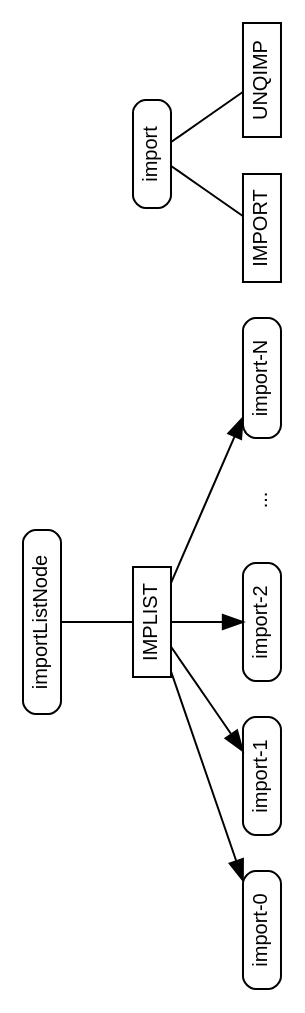
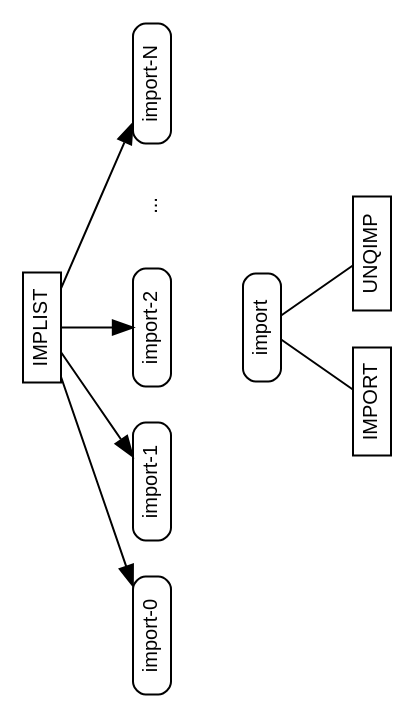
The diagram in implist.dot (m2sf/M2-AST-Node-Diagrams), drawn with Graphviz before and after one commit.

Commit message:
layout change

```diff
--- a/implist.dot
+++ b/implist.dot
@@ -1,83 +1,79 @@
 /* AST node diagram generator script collection for M2C, M2J and M2Sharp.
  *
  * Copyright (c) 2016 The Modula-2 Software Foundation
  *
  * Author & Maintainer: Benjamin Kowarsch <org.m2sf>
  *
  * @synopsis
  *
  * The M2C, M2J and M2Sharp compilers are multi-dialect Modula-2 translators
  * and compilers respectively targeting C99, Java/JVM and C#/CLR, sharing a
  * common abstract syntax tree (AST) specification.
  *
  * The AST node diagram generator script collection consists of Graphviz DOT
  * descriptions for all AST node types of the common AST specification.
  *
  * The Graphviz dot utility is required to generate the diagrams. 
  * It may be obtained from http://www.graphviz.org/download.php.
  *
  * @repository
  *
  * https://github.com/m2sf/m2-ast-node-diagrams
  *
  * @file
  *
  * implist.dot
  *
  * IMPLIST node diagram.
  *
  * Usage: $ dot implist.dot -Tps > implist.ps
  *
  * @license
  *
  * This is free software: you can redistribute and/or modify it under the
  * terms of the GNU Lesser General Public License (LGPL) either version 2.1
  * or at your choice version 3 as published by the Free Software Foundation.
  * However, you may not alter the copyright, author and license information.
  *
  * It is distributed in the hope that it will be useful,  but WITHOUT
  * ANY WARRANTY; without even the implied warranty of MERCHANTABILITY or
  * FITNESS FOR A PARTICULAR PURPOSE.  Read the license for more details.
  *
  * You should have received a copy of the GNU Lesser General Public License.
  * If not, see <https://www.gnu.org/copyleft/lesser.html>.
  *
  * NB: Components in the domain part of email addresses are in reverse order.
  */
 
 /*** IMPLIST Node ***/
 
 digraph IMPLIST {
   graph [orientation=landscape,fontname=helvetica];
   node [fontname=helvetica,fontsize=10,shape=box,height=0.25];
   
+  /* IMPLIST */
   node [style=solid];
-  edge [arrowhead=none];
-  importListNode -> IMPLIST;
-  importListNode [style=rounded];
-  
-  node [style=invis]; edge [style=invis];
-  spacer0 -> dummy0;
-  node [style=solid];
-  spacer0 -> import;
-  edge [style=solid];
-  
-  import -> { IMPORT UNQIMP };
-  import [style=rounded];
-  
-  node [style=rounded];
   edge [arrowhead=normal];
   IMPLIST -> { imp0 imp1 imp2 };
   edge [style=invis]; node [width=0]; nodesep=0;
   IMPLIST -> ellipsis0;
   edge [style=solid]; node [width=0.75]; nodesep=0.25;
   IMPLIST -> impN;
-  imp0 [label="import-0"];
-  imp1 [label="import-1"];
-  imp2 [label="import-2"];
+  imp0 [label="import-0",style=rounded];
+  imp1 [label="import-1",style=rounded];
+  imp2 [label="import-2",style=rounded];
   ellipsis0 [label="..."];
   ellipsis0 [shape=none];
-  impN [label="import-N"];  
+  impN [label="import-N",style=rounded];
+  
+  /* definition */
+  edge [style=invis];
+  node [style=rounded];
+  imp2 -> import
+  node [style=solid];
+  edge [style=solid,arrowhead=none];
+  import -> { IMPORT UNQIMP };
+  import [style=rounded];
 }
 
 /* END OF FILE */
```
